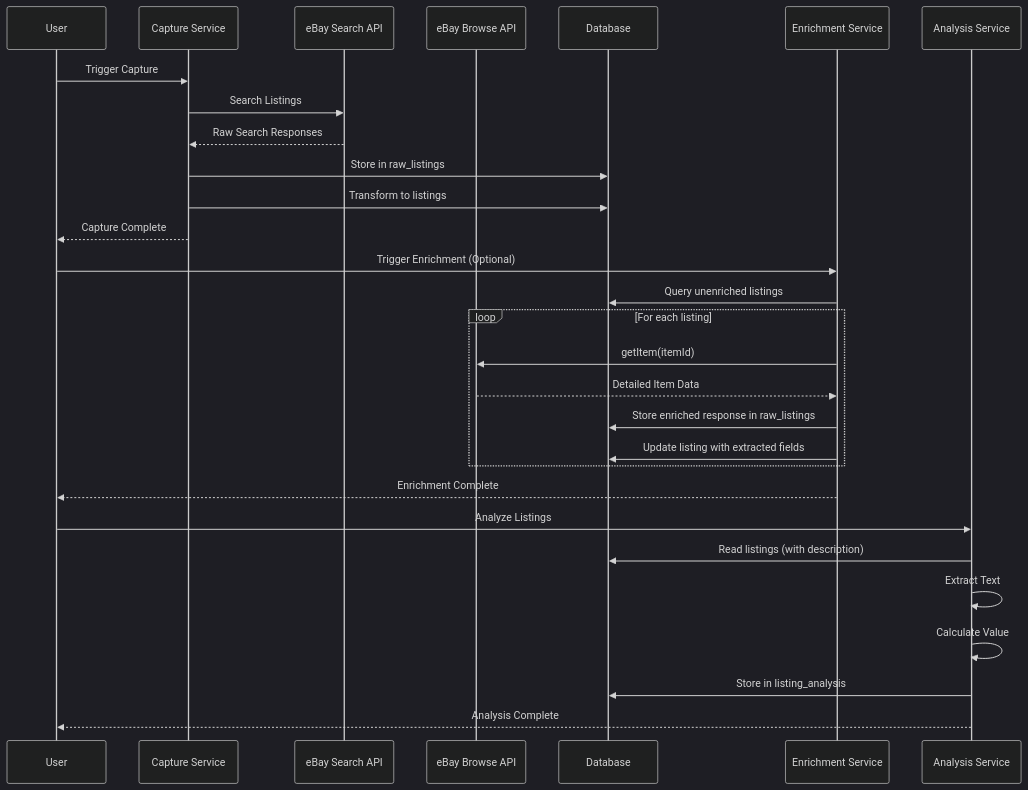
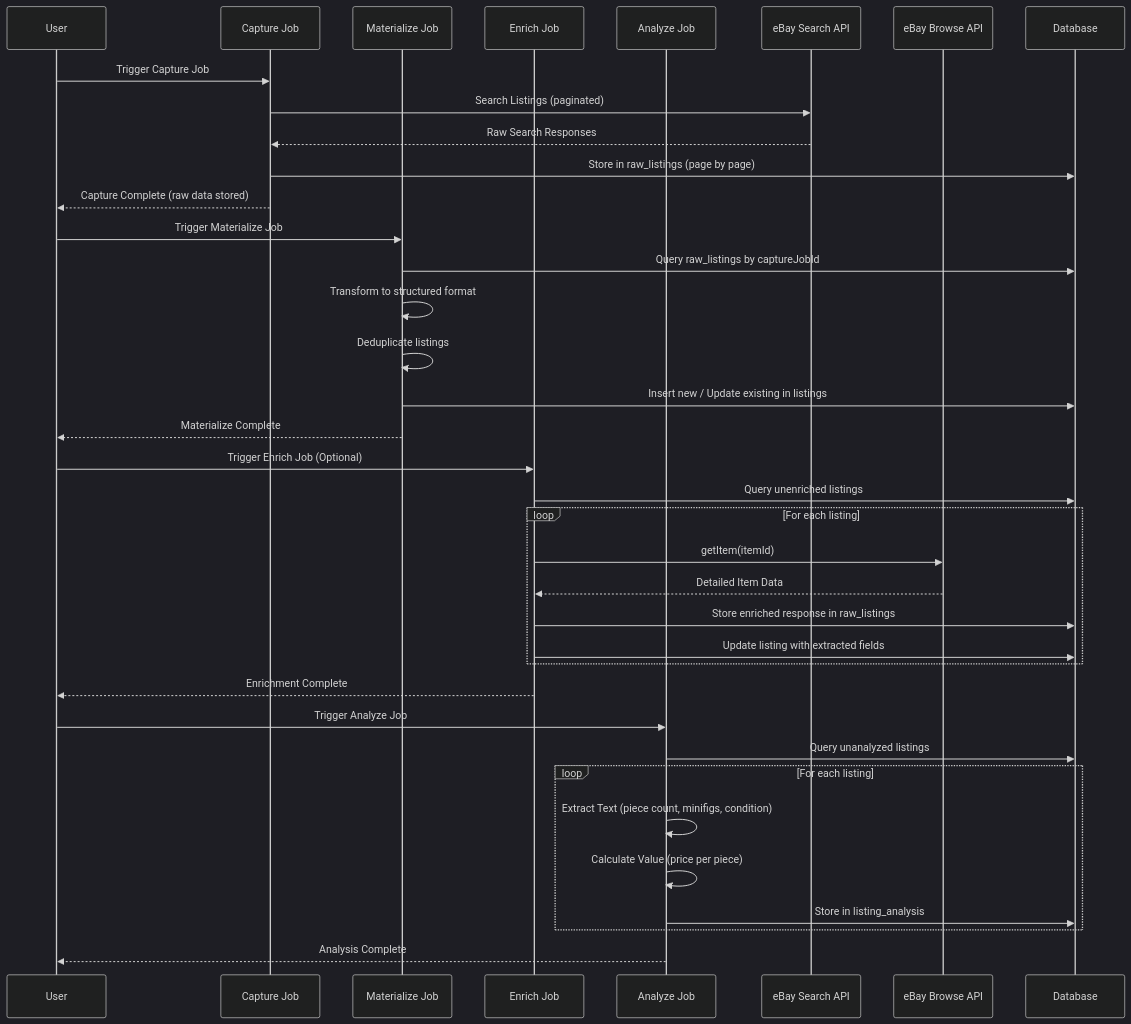
One commit to jeshuamaxey/brick-index changed the second of 3 diagrams in docs/pipeline.md. Above: the diagram before and after it, drawn with Mermaid (dark theme). The commit also changed other lines of this file and 25 other files, not shown here.

First line of the commit message:
Add materialize job UI, improve action pages, and enhance jobs table

````diff
--- a/docs/pipeline.md
+++ b/docs/pipeline.md
@@ -153,34 +43,43 @@
 ```mermaid
 sequenceDiagram
     participant User
-    participant Capture as Capture Service
+    participant Capture as Capture Job
+    participant Materialize as Materialize Job
+    participant Enrich as Enrich Job
+    participant Analyze as Analyze Job
     participant SearchAPI as eBay Search API
     participant BrowseAPI as eBay Browse API
     participant DB as Database
-    participant Enrich as Enrichment Service
-    participant Analyze as Analysis Service
     
-    User->>Capture: Trigger Capture
-    Capture->>SearchAPI: Search Listings
+    User->>Capture: Trigger Capture Job
+    Capture->>SearchAPI: Search Listings (paginated)
     SearchAPI-->>Capture: Raw Search Responses
-    Capture->>DB: Store in raw_listings
-    Capture->>DB: Transform to listings
-    Capture-->>User: Capture Complete
+    Capture->>DB: Store in raw_listings (page by page)
+    Capture-->>User: Capture Complete (raw data stored)
     
-    User->>Enrich: Trigger Enrichment (Optional)
+    User->>Materialize: Trigger Materialize Job
+    Materialize->>DB: Query raw_listings by captureJobId
+    Materialize->>Materialize: Transform to structured format
+    Materialize->>Materialize: Deduplicate listings
+    Materialize->>DB: Insert new / Update existing in listings
+    Materialize-->>User: Materialize Complete
+    
+    User->>Enrich: Trigger Enrich Job (Optional)
     Enrich->>DB: Query unenriched listings
     loop For each listing
         Enrich->>BrowseAPI: getItem(itemId)
         BrowseAPI-->>Enrich: Detailed Item Data
         Enrich->>DB: Store enriched response in raw_listings
         Enrich->>DB: Update listing with extracted fields
     end
     Enrich-->>User: Enrichment Complete
     
-    User->>Analyze: Analyze Listings
-    Analyze->>DB: Read listings (with description)
-    Analyze->>Analyze: Extract Text
-    Analyze->>Analyze: Calculate Value
-    Analyze->>DB: Store in listing_analysis
+    User->>Analyze: Trigger Analyze Job
+    Analyze->>DB: Query unanalyzed listings
+    loop For each listing
+        Analyze->>Analyze: Extract Text (piece count, minifigs, condition)
+        Analyze->>Analyze: Calculate Value (price per piece)
+        Analyze->>DB: Store in listing_analysis
+    end
     Analyze-->>User: Analysis Complete
 ```
````
